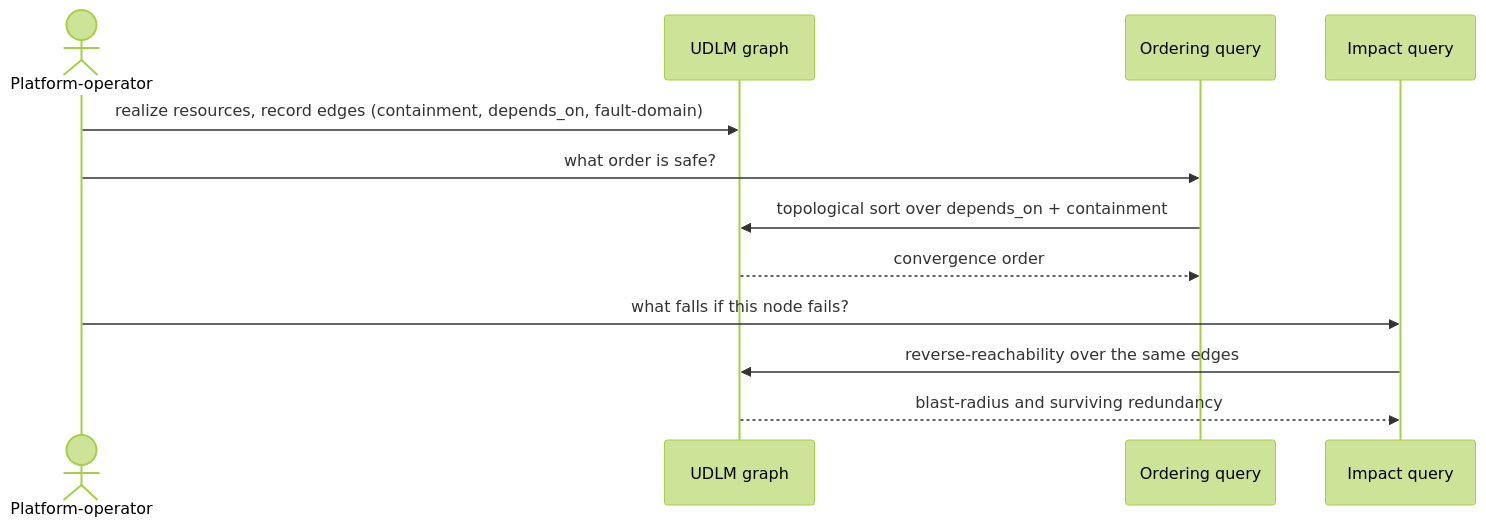
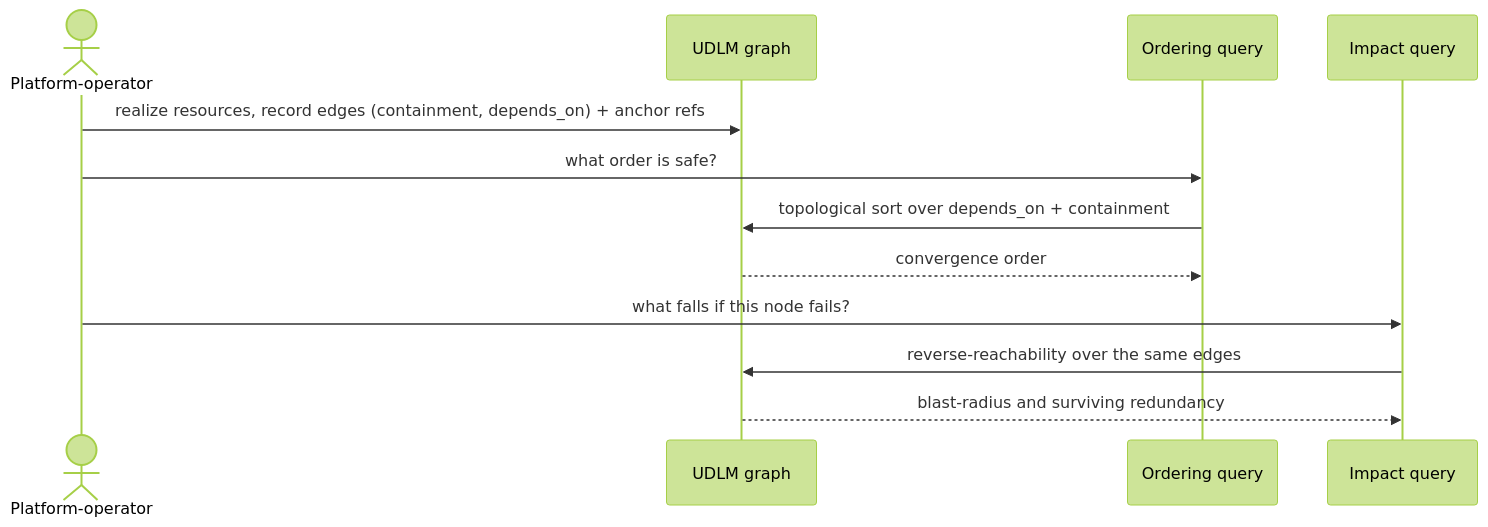
Before and after one commit to croadfeldt/dcm: the diagram in docs/flows/uc-07-dependency-graph-data-model.md, drawn with Mermaid (forest theme). The commit also changed other lines of this file and 1 other file, not shown here.

First line of the commit message:
Fix two doctrine-drift items: uc-07 fault-domain edge + capability-matrix broken row

````diff
--- a/docs/flows/uc-07-dependency-graph-data-model.md
+++ b/docs/flows/uc-07-dependency-graph-data-model.md
@@ -15,15 +15,15 @@
 ```mermaid
 sequenceDiagram
     actor Op as Platform-operator
     participant G as UDLM graph
     participant Ord as Ordering query
     participant Imp as Impact query
 
-    Op->>G: realize resources, record edges (containment, depends_on, fault-domain)
+    Op->>G: realize resources, record edges (containment, depends_on) + anchor refs
     Op->>Ord: what order is safe?
     Ord->>G: topological sort over depends_on + containment
     G-->>Ord: convergence order
     Op->>Imp: what falls if this node fails?
     Imp->>G: reverse-reachability over the same edges
     G-->>Imp: blast-radius and surviving redundancy
 ```
````
